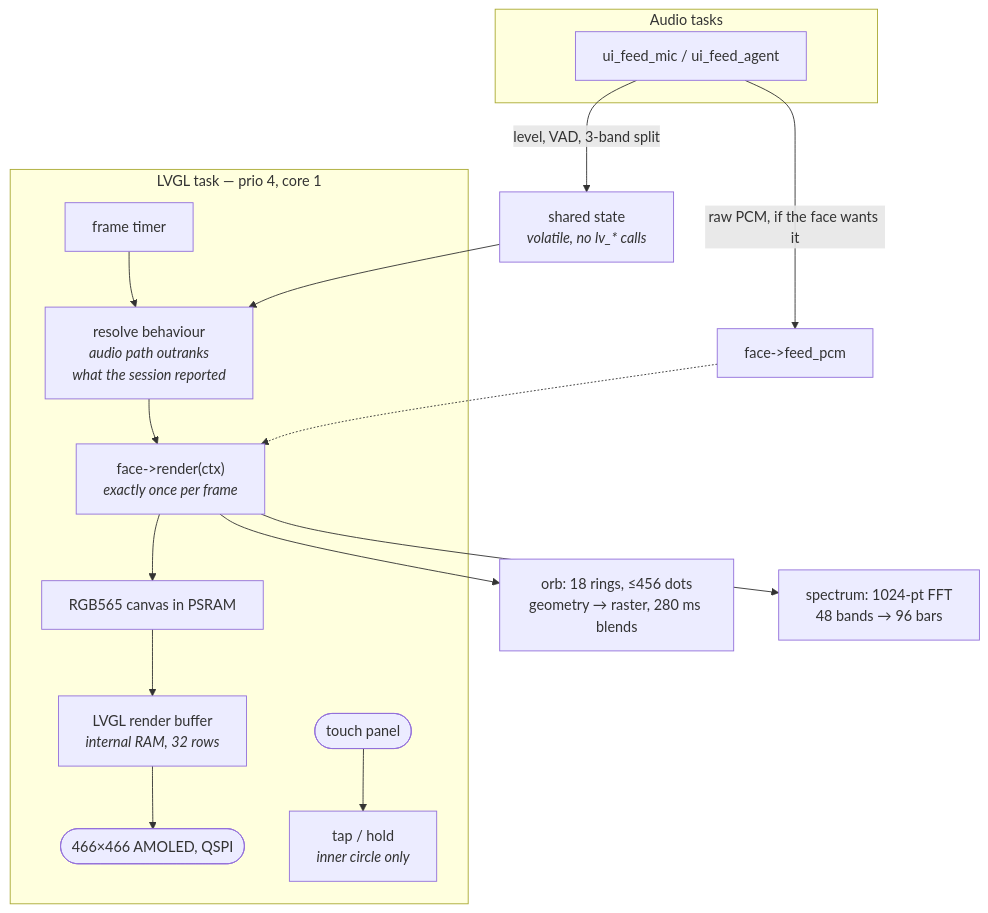
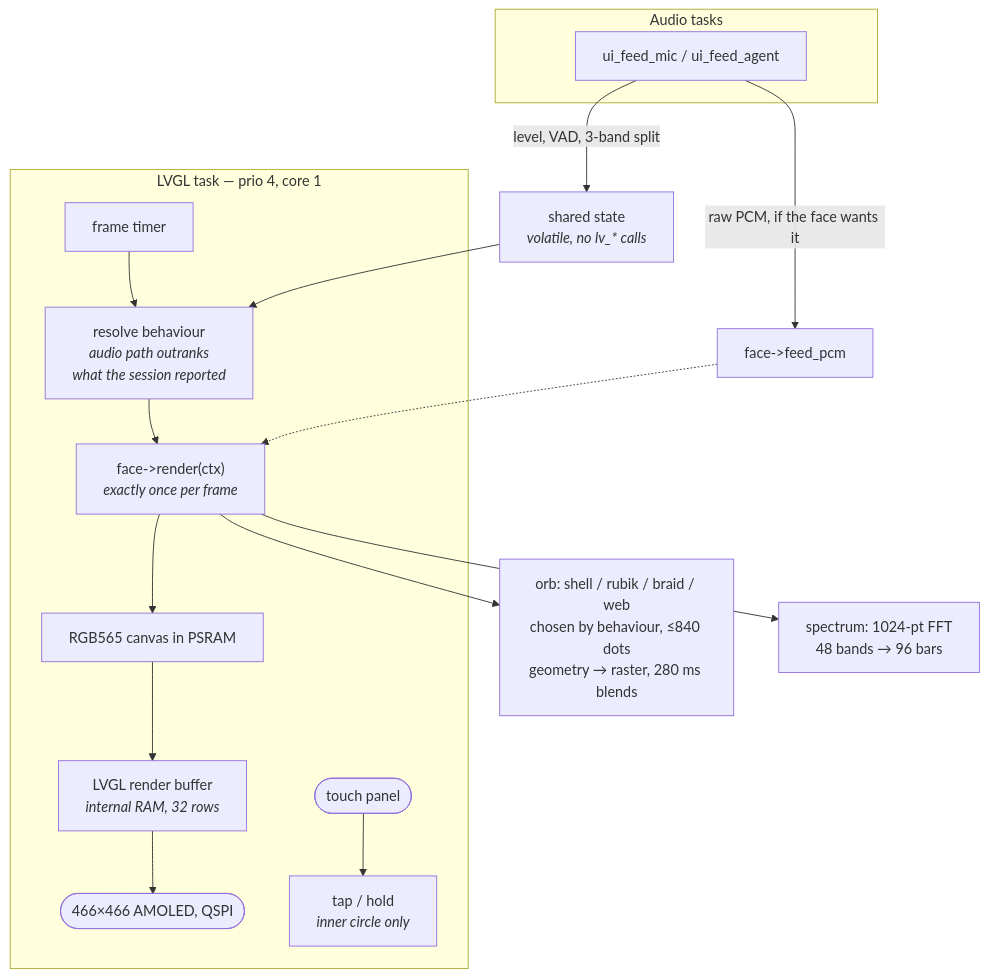
Before and after one commit to dg-edcharbeneau/esp32-deepgram-voice-agent: the eighth of 9 diagrams in ARCHITECTURE.md, drawn with Mermaid. The commit also changed other lines of this file, not shown here.

Commit message:
updated architecture diagram to reflect new design decisions.

````diff
--- a/ARCHITECTURE.md
+++ b/ARCHITECTURE.md
@@ -387,23 +476,23 @@
 ```mermaid
 flowchart TB
     subgraph audiotask["Audio tasks"]
         feed["ui_feed_mic / ui_feed_agent"]
     end
 
     subgraph lvgltask["LVGL task — prio 4, core 1"]
         timer["frame timer"] --> resolve["resolve behaviour<br/><i>audio path outranks<br/>what the session reported</i>"]
         resolve --> render["face->render(ctx)<br/><i>exactly once per frame</i>"]
         render --> canvas["RGB565 canvas in PSRAM"]
         canvas --> flush["LVGL render buffer<br/><i>internal RAM, 32 rows</i>"]
         flush --> panel(["466×466 AMOLED, QSPI"])
         touch(["touch panel"]) --> gest["tap / hold<br/><i>inner circle only</i>"]
     end
 
     feed -->|"level, VAD, 3-band split"| shared["shared state<br/><i>volatile, no lv_* calls</i>"]
     feed -->|"raw PCM, if the face wants it"| facepcm["face->feed_pcm"]
     shared --> resolve
     facepcm -.-> render
 
-    render --> orb["orb: 18 rings, ≤456 dots<br/>geometry → raster, 280 ms blends"]
+    render --> orb["orb: shell / rubik / braid / web<br/>chosen by behaviour, ≤840 dots<br/>geometry → raster, 280 ms blends"]
     render --> spec["spectrum: 1024-pt FFT<br/>48 bands → 96 bars"]
 ```
````
